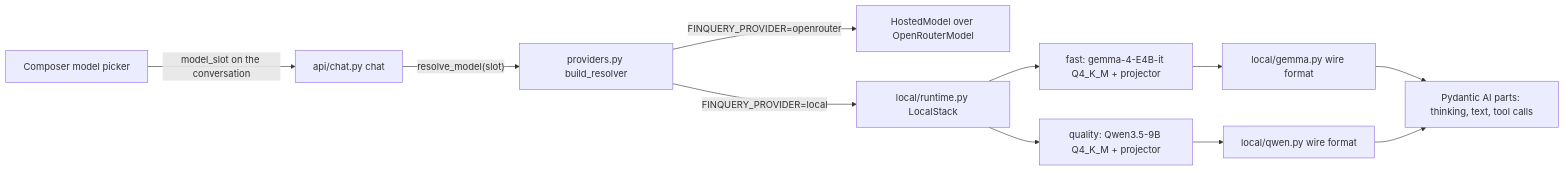
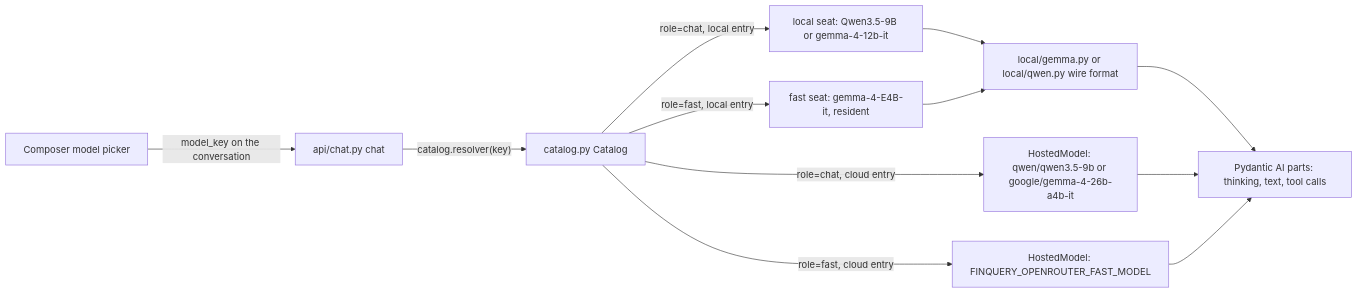
The diagram in docs/explainers/02-two-models-and-the-switch.md (ChiChuRita/finquery), drawn with Mermaid before and after one commit. The commit also changed other lines of this file and 11 other files, not shown here.

````diff
--- a/docs/explainers/02-two-models-and-the-switch.md
+++ b/docs/explainers/02-two-models-and-the-switch.md
@@ -10,13 +10,14 @@
 ```mermaid
 flowchart LR
-  UI["Composer model picker"] -->|"model_slot on the conversation"| Chat["api/chat.py chat"]
-  Chat -->|"resolve_model(slot)"| Prov["providers.py build_resolver"]
-  Prov -->|"FINQUERY_PROVIDER=openrouter"| OR["HostedModel over OpenRouterModel"]
-  Prov -->|"FINQUERY_PROVIDER=local"| Stack["local/runtime.py LocalStack"]
-  Stack --> Fast["fast: gemma-4-E4B-it Q4_K_M + projector"]
-  Stack --> Quality["quality: Qwen3.5-9B Q4_K_M + projector"]
-  Fast --> Gemma["local/gemma.py wire format"]
-  Quality --> Qwen["local/qwen.py wire format"]
-  Gemma --> PAI["Pydantic AI parts: thinking, text, tool calls"]
-  Qwen --> PAI
+  UI["Composer model picker"] -->|"model_key on the conversation"| Chat["api/chat.py chat"]
+  Chat -->|"catalog.resolver(key)"| Cat["catalog.py Catalog"]
+  Cat -->|"role=chat, local entry"| Seat["local seat: Qwen3.5-9B or gemma-4-12b-it"]
+  Cat -->|"role=chat, cloud entry"| ORchat["HostedModel: qwen/qwen3.5-9b or google/gemma-4-26b-a4b-it"]
+  Cat -->|"role=fast, local entry"| E4B["fast seat: gemma-4-E4B-it, resident"]
+  Cat -->|"role=fast, cloud entry"| ORfast["HostedModel: FINQUERY_OPENROUTER_FAST_MODEL"]
+  Seat --> Wire["local/gemma.py or local/qwen.py wire format"]
+  E4B --> Wire
+  Wire --> PAI["Pydantic AI parts: thinking, text, tool calls"]
+  ORchat --> PAI
+  ORfast --> PAI
 ```
````
